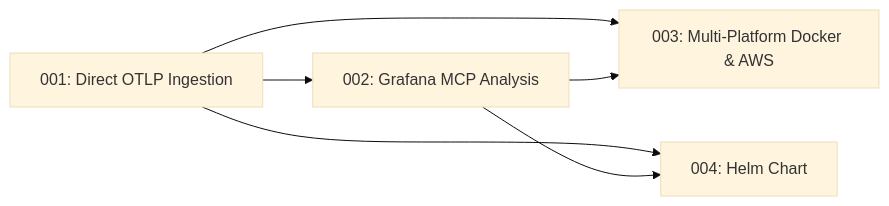
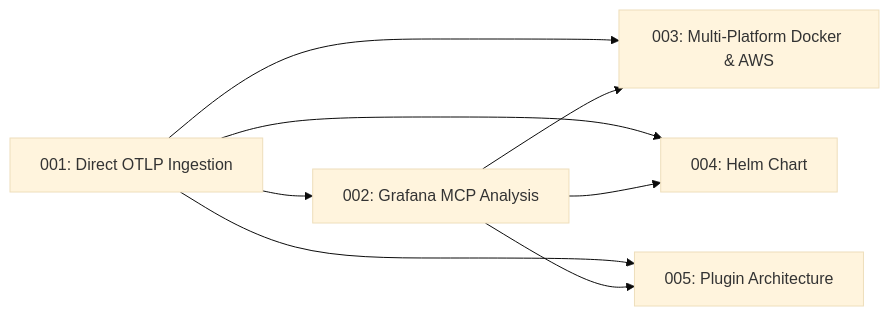
The diagram in docs/prds/INDEX.md (Vinny1892/octantis), drawn with Mermaid (base theme) before and after one commit. The commit also changed other lines of this file and 1 other file, not shown here.

Commit message:
docs: add PRD 005 — Plugin Architecture & Open-Core Foundation
Defines plugin system for open-core monetization: 5 plugin types
(notifier, MCP connector, storage, pipeline processor, UI provider),
plan gating engine (free/pro/enterprise), and AGPL-3.0 license migration.

````diff
--- a/docs/prds/INDEX.md
+++ b/docs/prds/INDEX.md
@@ -14,8 +15,10 @@
 ```mermaid
 flowchart LR
     PRD001["001: Direct OTLP Ingestion"] --> PRD002["002: Grafana MCP Analysis"]
     PRD001 --> PRD003["003: Multi-Platform Docker & AWS"]
     PRD002 --> PRD003
     PRD001 --> PRD004["004: Helm Chart"]
     PRD002 --> PRD004
+    PRD001 --> PRD005["005: Plugin Architecture"]
+    PRD002 --> PRD005
 ```
````
